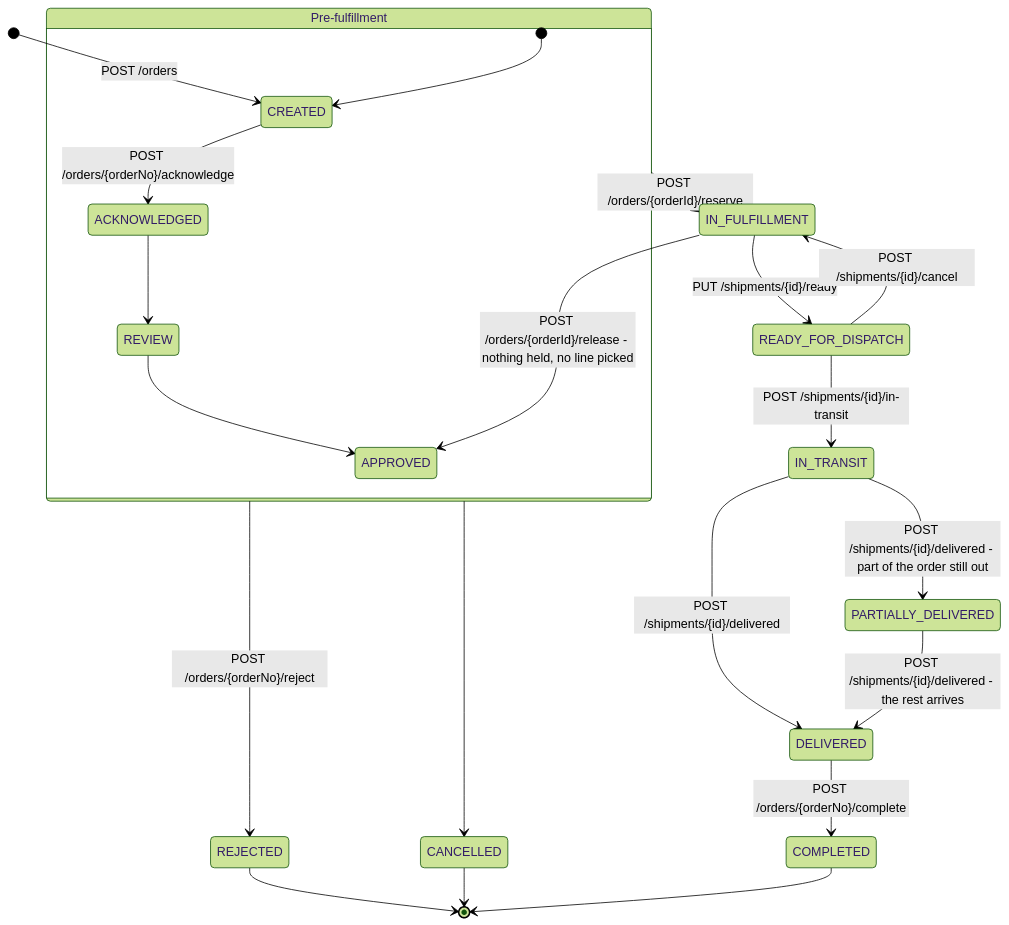
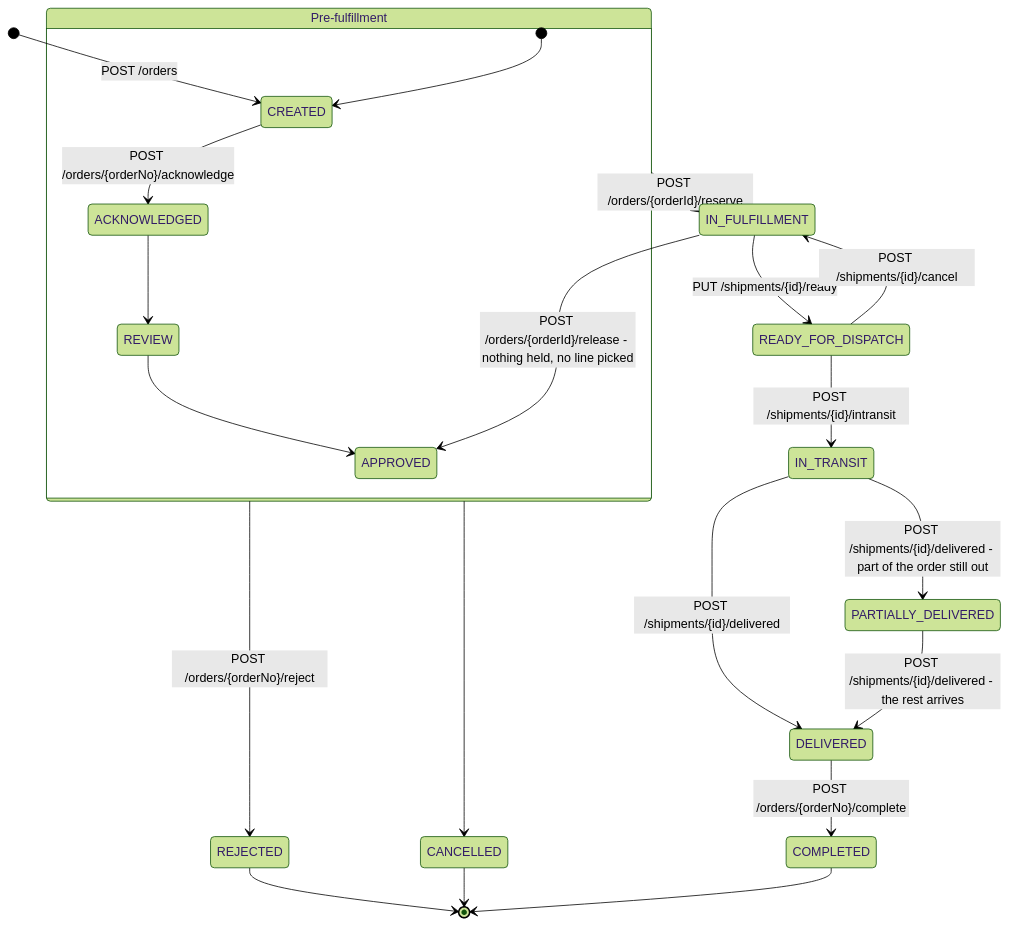
The first of 5 diagrams in README.md (waldifubu/scm-temporal), drawn with Mermaid (forest theme) before and after one commit. The commit also changed other lines of this file and 36 other files, not shown here.

````diff
--- a/README.md
+++ b/README.md
@@ -34,29 +34,29 @@
 ```mermaid
 stateDiagram-v2
     [*] --> CREATED : POST /orders
 
     state "Pre-fulfillment" as pre {
         [*] --> CREATED
         CREATED --> ACKNOWLEDGED : POST /orders/{orderNo}/acknowledge
         ACKNOWLEDGED --> REVIEW
         REVIEW --> APPROVED
     }
 
     pre --> REJECTED : POST /orders/{orderNo}/reject
     pre --> IN_FULFILLMENT : POST /orders/{orderId}/reserve
     IN_FULFILLMENT --> APPROVED : POST /orders/{orderId}/release - nothing held, no line picked
 
     IN_FULFILLMENT --> READY_FOR_DISPATCH : PUT /shipments/{id}/ready
     READY_FOR_DISPATCH --> IN_FULFILLMENT : POST /shipments/{id}/cancel
-    READY_FOR_DISPATCH --> IN_TRANSIT : POST /shipments/{id}/in-transit
+    READY_FOR_DISPATCH --> IN_TRANSIT : POST /shipments/{id}/intransit
     IN_TRANSIT --> DELIVERED : POST /shipments/{id}/delivered
     IN_TRANSIT --> PARTIALLY_DELIVERED : POST /shipments/{id}/delivered - part of the order still out
     PARTIALLY_DELIVERED --> DELIVERED : POST /shipments/{id}/delivered - the rest arrives
     DELIVERED --> COMPLETED : POST /orders/{orderNo}/complete
 
     pre --> CANCELLED
 
     REJECTED --> [*]
     COMPLETED --> [*]
     CANCELLED --> [*]
 ```
````
